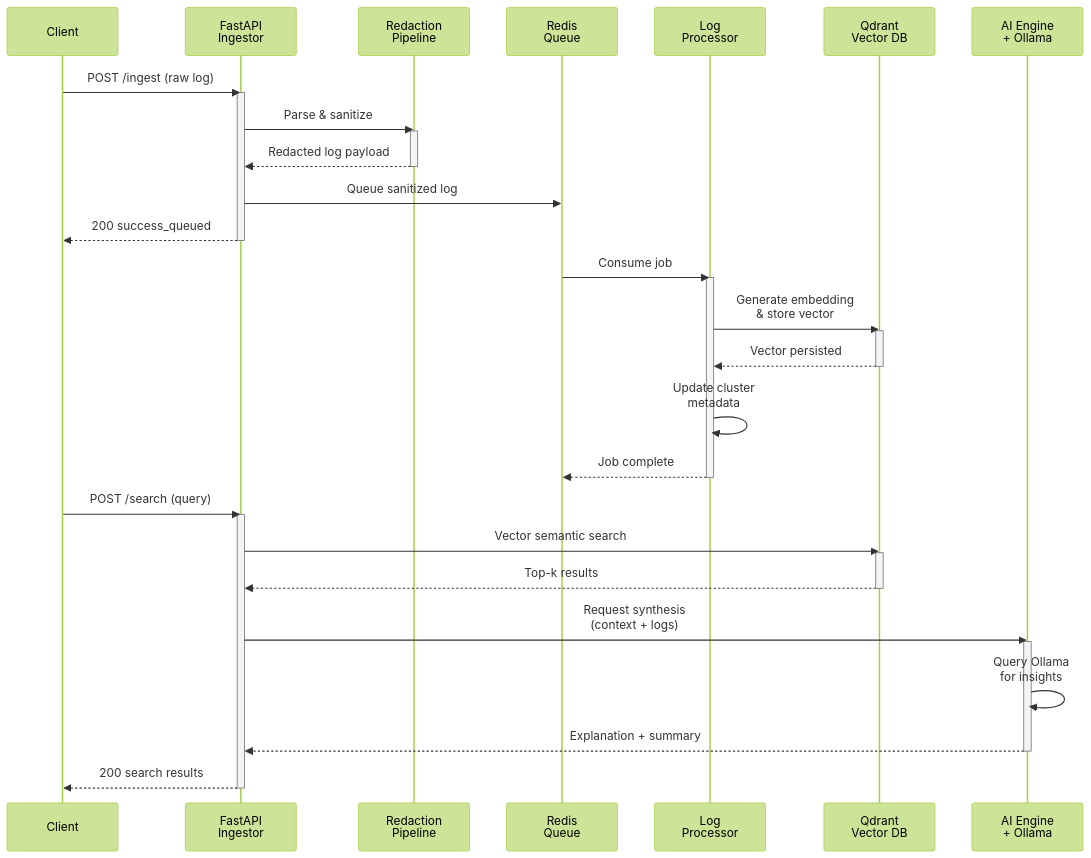
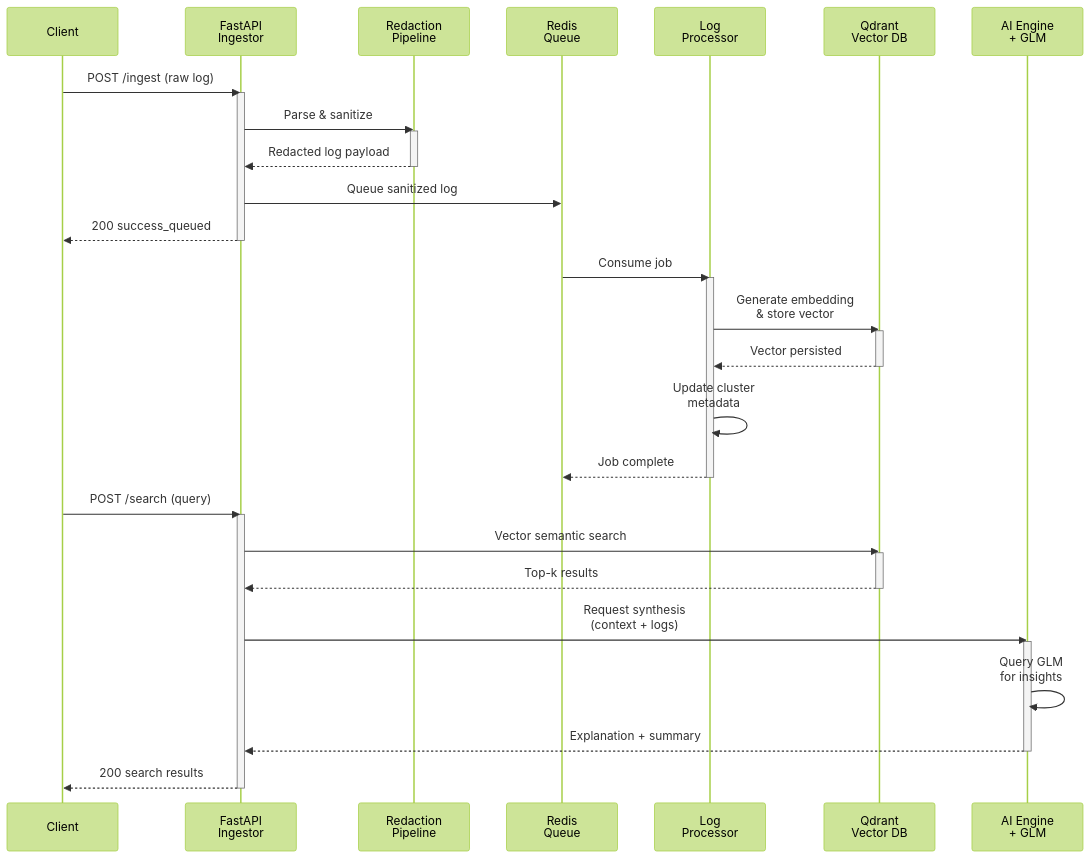
The second of 2 diagrams in README.md (fanqingsong/Logara-AI), drawn with Mermaid (forest theme) before and after one commit. The commit also changed other lines of this file and 43 other files, not shown here.

First line of the commit message:
feat: migrate LLM/embeddings from local Ollama to cloud GLM and SiliconFlow

````diff
--- a/README.md
+++ b/README.md
@@ -57,51 +57,51 @@
 ```mermaid
 sequenceDiagram
     participant Client
     participant Ingestor as FastAPI<br/>Ingestor
     participant Redactor as Redaction<br/>Pipeline
     participant Queue as Redis<br/>Queue
     participant Processor as Log<br/>Processor
     participant VectorDB as Qdrant<br/>Vector DB
-    participant AI as AI Engine<br/>+ Ollama
+    participant AI as AI Engine<br/>+ GLM
 
     Client->>Ingestor: POST /ingest (raw log)
     activate Ingestor
     
     Ingestor->>Redactor: Parse & sanitize
     activate Redactor
     Redactor-->>Ingestor: Redacted log payload
     deactivate Redactor
     
     Ingestor->>Queue: Queue sanitized log
     Ingestor-->>Client: 200 success_queued
     deactivate Ingestor
     
     Queue->>Processor: Consume job
     activate Processor
     
     Processor->>VectorDB: Generate embedding<br/>& store vector
     activate VectorDB
     VectorDB-->>Processor: Vector persisted
     deactivate VectorDB
     
     Processor->>Processor: Update cluster<br/>metadata
     Processor-->>Queue: Job complete
     deactivate Processor
     
     Client->>Ingestor: POST /search (query)
     activate Ingestor
     
     Ingestor->>VectorDB: Vector semantic search
     activate VectorDB
     VectorDB-->>Ingestor: Top-k results
     deactivate VectorDB
     
     Ingestor->>AI: Request synthesis<br/>(context + logs)
     activate AI
-    AI->>AI: Query Ollama<br/>for insights
+    AI->>AI: Query GLM<br/>for insights
     AI-->>Ingestor: Explanation + summary
     deactivate AI
     
     Ingestor-->>Client: 200 search results
     deactivate Ingestor
 ```
````
